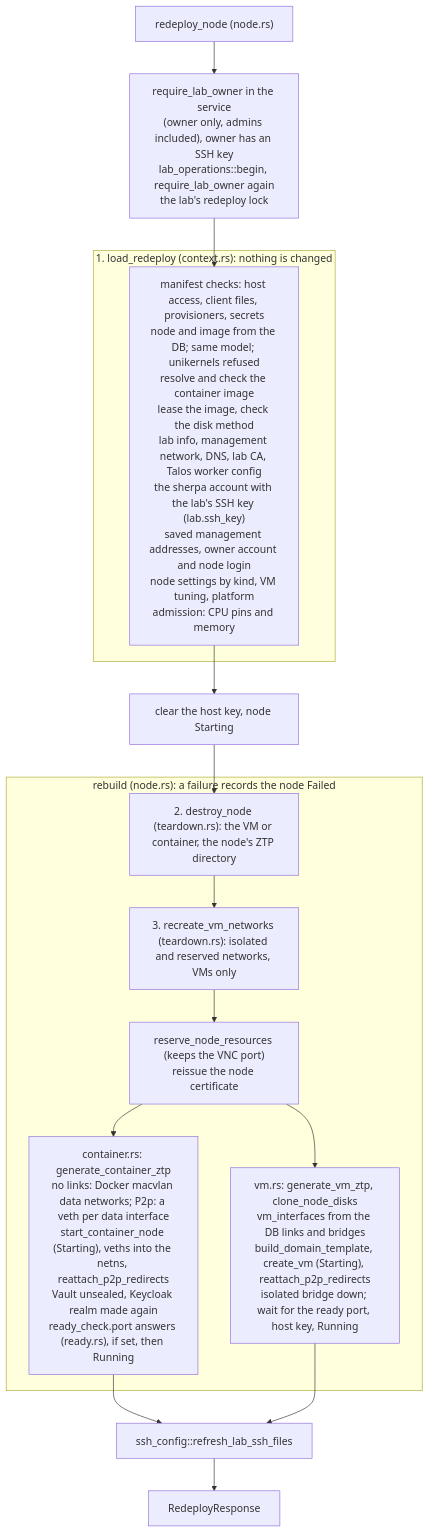
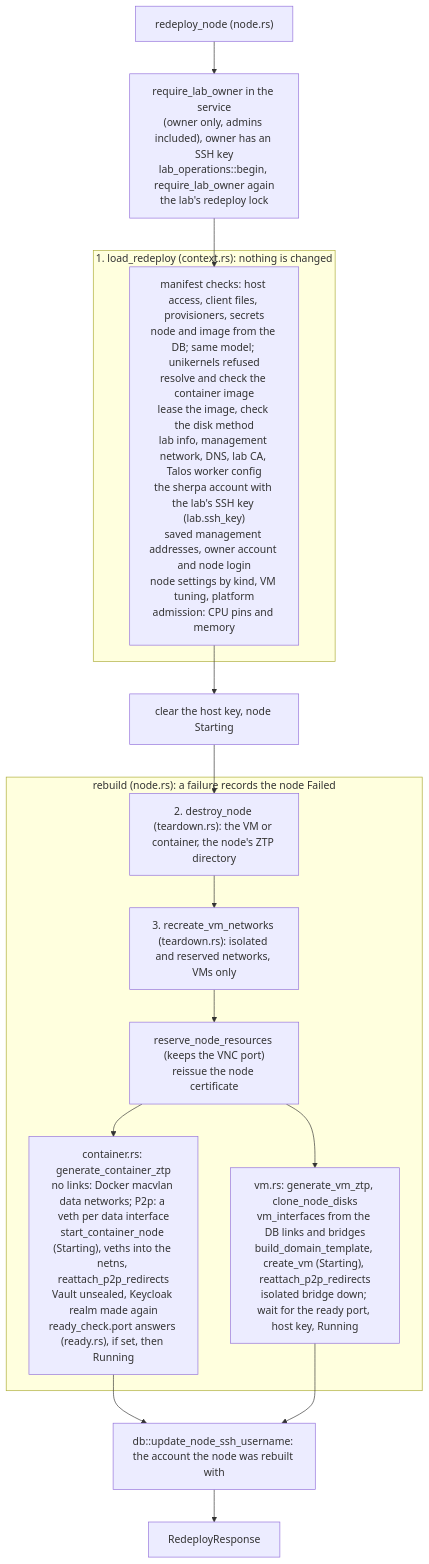
Before and after one commit to bwks/sherpa: diagram 16 of 26 in docs/architecture/SERVER.md, drawn with Mermaid. The commit also changed other lines of this file and 52 other files, not shown here.

First line of the commit message:
feat(server): build lab-info.toml and the SSH files from the database

````diff
--- a/docs/architecture/SERVER.md
+++ b/docs/architecture/SERVER.md
@@ -895,19 +919,19 @@
 ```mermaid
 flowchart TB
     request["redeploy_node (node.rs)"] --> owner["require_lab_owner in the service<br/>(owner only, admins included), owner has an SSH key<br/>lab_operations::begin, require_lab_owner again<br/>the lab's redeploy lock"]
     owner --> load
     subgraph stage1["1. load_redeploy (context.rs): nothing is changed"]
         load["manifest checks: host access, client files, provisioners, secrets<br/>node and image from the DB; same model; unikernels refused<br/>resolve and check the container image<br/>lease the image, check the disk method<br/>lab info, management network, DNS, lab CA, Talos worker config<br/>the sherpa account with the lab's SSH key (lab.ssh_key)<br/>saved management addresses, owner account and node login<br/>node settings by kind, VM tuning, platform<br/>admission: CPU pins and memory"]
     end
     load --> starting["clear the host key, node Starting"]
     starting --> destroy
     subgraph rebuild["rebuild (node.rs): a failure records the node Failed"]
         destroy["2. destroy_node (teardown.rs): the VM or container, the node's ZTP directory"] --> vmnets["3. recreate_vm_networks (teardown.rs): isolated and reserved networks, VMs only"]
         vmnets --> resources["reserve_node_resources (keeps the VNC port)<br/>reissue the node certificate"]
         resources --> ctr["container.rs: generate_container_ztp<br/>no links: Docker macvlan data networks; P2p: a veth per data interface<br/>start_container_node (Starting), veths into the netns, reattach_p2p_redirects<br/>Vault unsealed, Keycloak realm made again<br/>ready_check.port answers (ready.rs), if set, then Running"]
         resources --> vm["vm.rs: generate_vm_ztp, clone_node_disks<br/>vm_interfaces from the DB links and bridges<br/>build_domain_template, create_vm (Starting), reattach_p2p_redirects<br/>isolated bridge down; wait for the ready port, host key, Running"]
     end
-    ctr --> ssh["ssh_config::refresh_lab_ssh_files"]
+    ctr --> ssh["db::update_node_ssh_username: the account the node was rebuilt with"]
     vm --> ssh
     ssh --> stream["RedeployResponse"]
 ```
````
